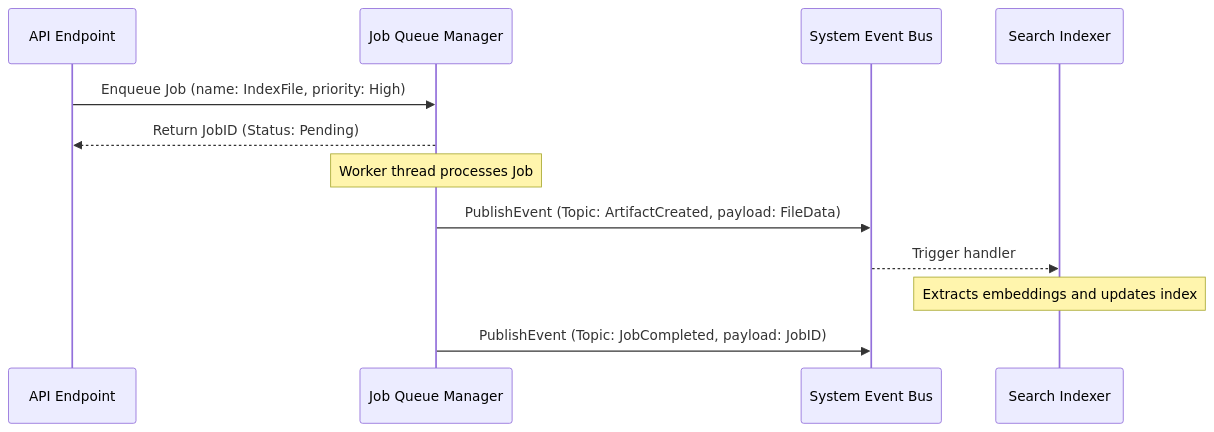
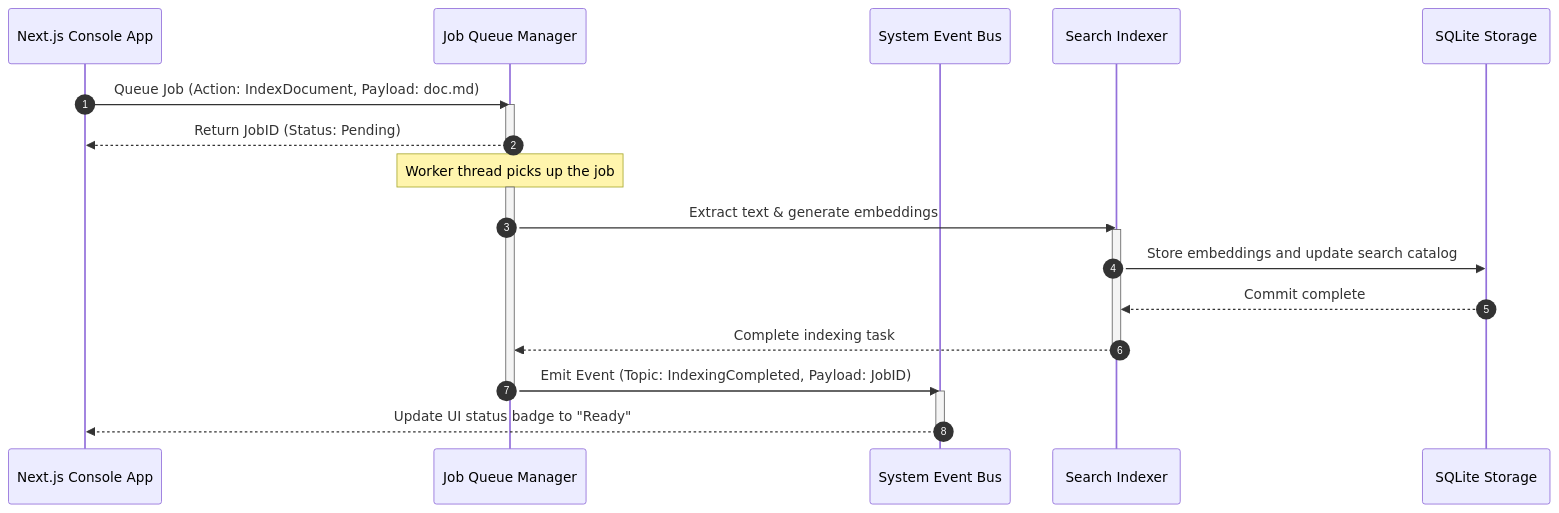
Before and after one commit to rjmad1/AegisOS: the fourth of 5 diagrams in docs/Architecture_Handbook.md, drawn with Mermaid. The commit also changed other lines of this file and 4 other files, not shown here.

Commit message:
docs(platform): expand Architecture and Admin guides, add User and Troubleshooting guides

````diff
--- a/docs/Architecture_Handbook.md
+++ b/docs/Architecture_Handbook.md
@@ -57,15 +213,29 @@
 ```mermaid
 sequenceDiagram
-    participant Endpoint as API Endpoint
-    participant Queue as Job Queue Manager
+    autonumber
+    participant Console as Next.js Console App
+    participant JobQueue as Job Queue Manager
     participant Bus as System Event Bus
     participant Indexer as Search Indexer
+    participant DB as SQLite Storage
+
+    Console->>JobQueue: Queue Job (Action: IndexDocument, Payload: doc.md)
+    activate JobQueue
+    JobQueue-->>Console: Return JobID (Status: Pending)
+    deactivate JobQueue
     
-    Endpoint->>Queue: Enqueue Job (name: IndexFile, priority: High)
-    Queue-->>Endpoint: Return JobID (Status: Pending)
-    Note over Queue: Worker thread processes Job
-    Queue->>Bus: PublishEvent (Topic: ArtifactCreated, payload: FileData)
-    Bus-->>Indexer: Trigger handler
-    Note over Indexer: Extracts embeddings and updates index
-    Queue->>Bus: PublishEvent (Topic: JobCompleted, payload: JobID)
+    Note over JobQueue: Worker thread picks up the job
+    activate JobQueue
+    JobQueue->>Indexer: Extract text & generate embeddings
+    activate Indexer
+    Indexer->>DB: Store embeddings and update search catalog
+    DB-->>Indexer: Commit complete
+    Indexer-->>JobQueue: Complete indexing task
+    deactivate Indexer
+    
+    JobQueue->>Bus: Emit Event (Topic: IndexingCompleted, Payload: JobID)
+    deactivate JobQueue
+    activate Bus
+    Bus-->>Console: Update UI status badge to "Ready"
+    deactivate Bus
 ```
````
